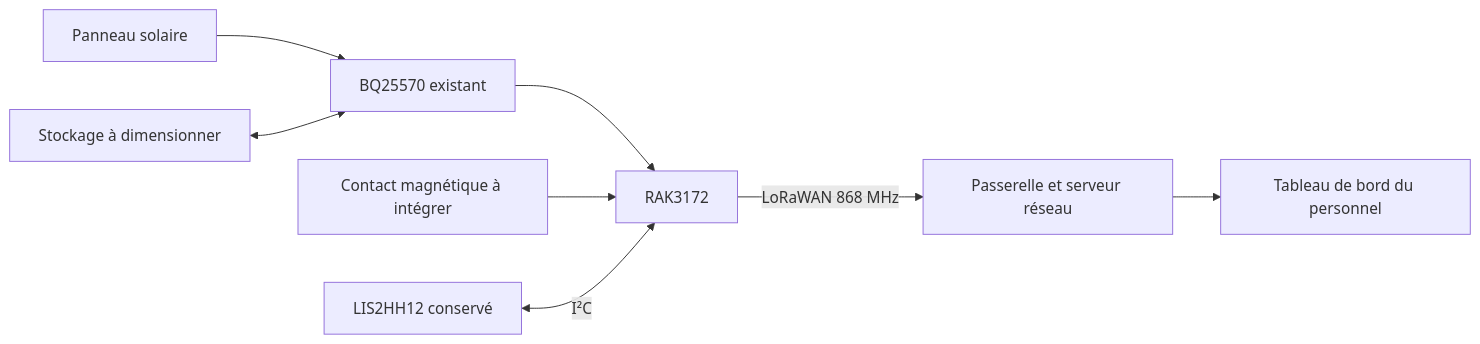
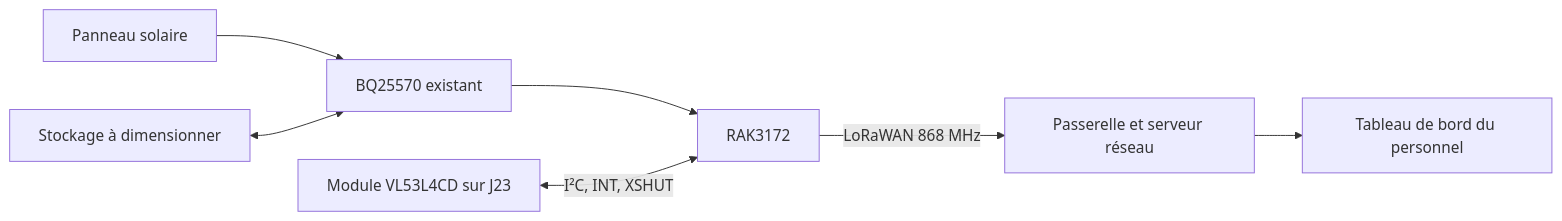
Before and after one commit to amirabouraoui01-stack/EDU_RAK_2026: the diagram in README.md, drawn with Mermaid. The commit also changed other lines of this file and 26 other files, not shown here.

````diff
--- a/README.md
+++ b/README.md
@@ -34,10 +34,9 @@
 ```mermaid
 flowchart LR
   P[Panneau solaire] --> B[BQ25570 existant]
   S[Stockage à dimensionner] <--> B
   B --> R[RAK3172]
-  C[Contact magnétique à intégrer] --> R
-  A[LIS2HH12 conservé] <-->|I²C| R
+  C[Module VL53L4CD sur J23] <-->|I²C, INT, XSHUT| R
   R -->|LoRaWAN 868 MHz| G[Passerelle et serveur réseau]
   G --> T[Tableau de bord du personnel]
 ```
````
